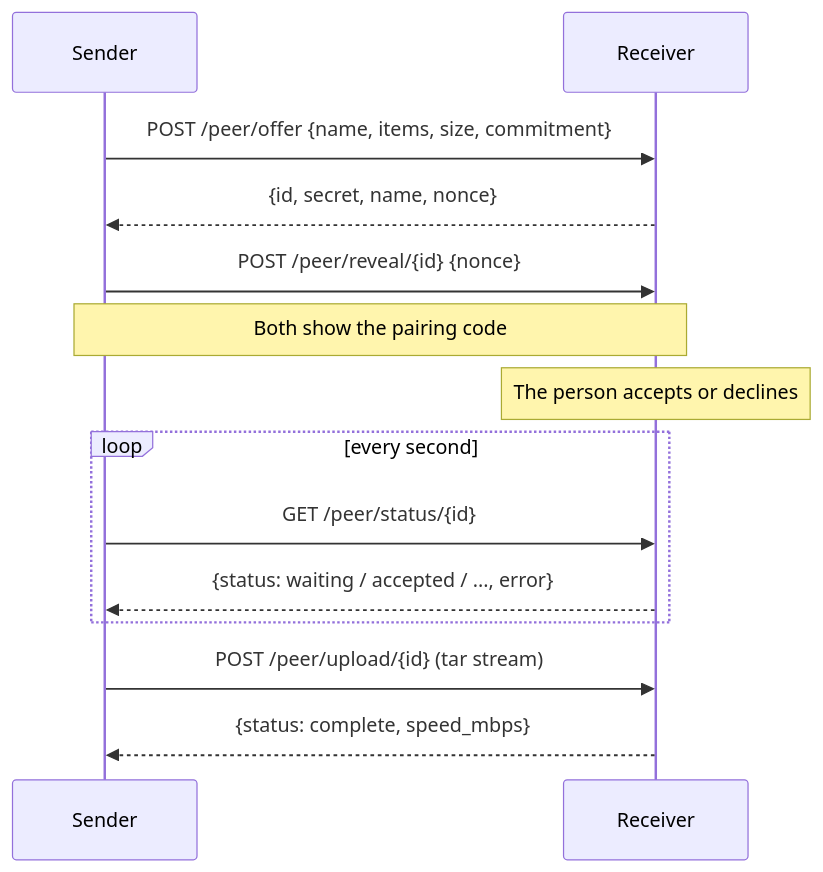
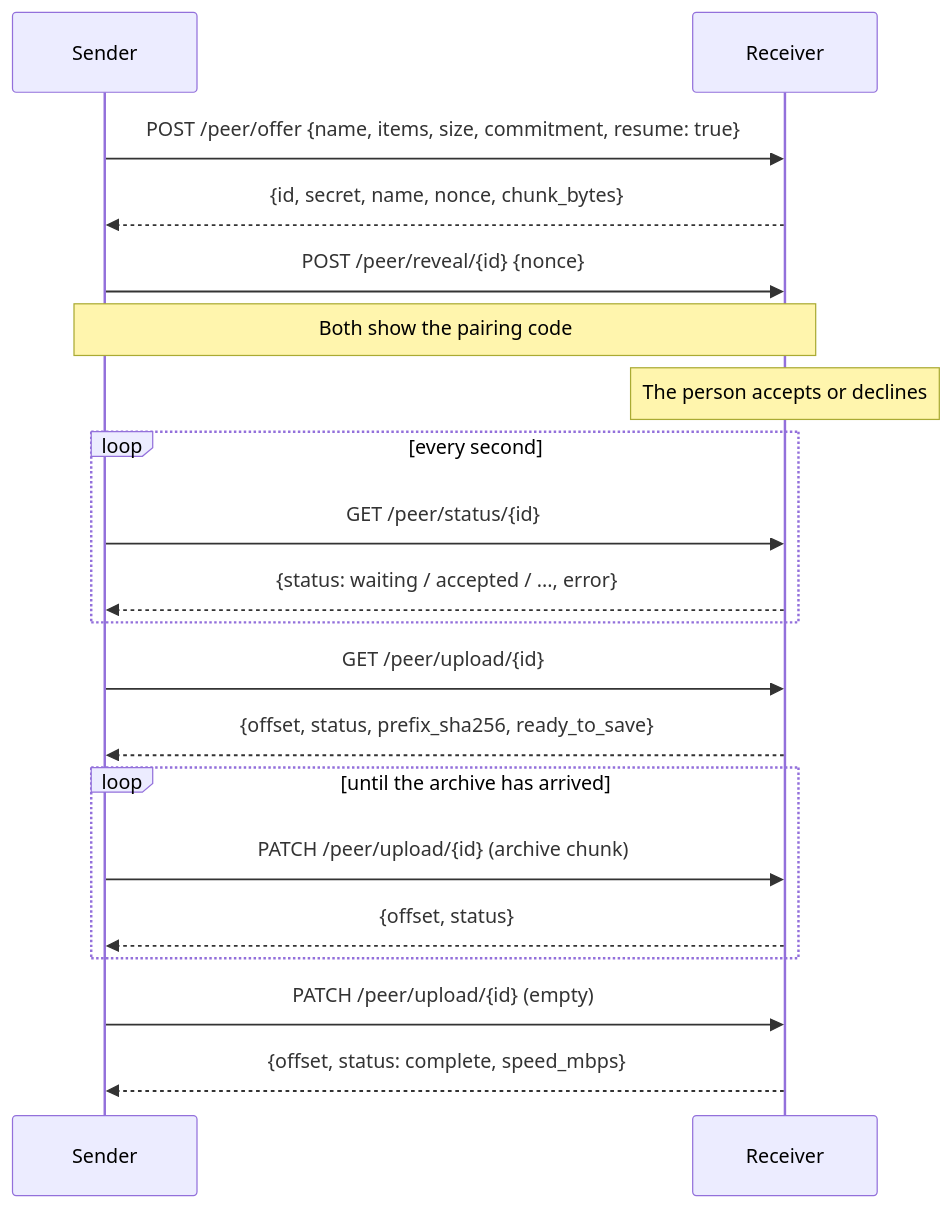
One commit to sprytnyk/loka changed the fourth of 4 diagrams in PROTOCOL.md. Above: the diagram before and after it, drawn with Mermaid. The commit also changed other lines of this file and 16 other files, not shown here.

````diff
--- a/PROTOCOL.md
+++ b/PROTOCOL.md
@@ -139,16 +139,22 @@
 ```mermaid
 sequenceDiagram
     participant S as Sender
     participant R as Receiver
-    S->>R: POST /peer/offer {name, items, size, commitment}
-    R-->>S: {id, secret, name, nonce}
+    S->>R: POST /peer/offer {name, items, size, commitment, resume: true}
+    R-->>S: {id, secret, name, nonce, chunk_bytes}
     S->>R: POST /peer/reveal/{id} {nonce}
     Note over S,R: Both show the pairing code
     Note over R: The person accepts or declines
     loop every second
         S->>R: GET /peer/status/{id}
         R-->>S: {status: waiting / accepted / ..., error}
     end
-    S->>R: POST /peer/upload/{id} (tar stream)
-    R-->>S: {status: complete, speed_mbps}
+    S->>R: GET /peer/upload/{id}
+    R-->>S: {offset, status, prefix_sha256, ready_to_save}
+    loop until the archive has arrived
+        S->>R: PATCH /peer/upload/{id} (archive chunk)
+        R-->>S: {offset, status}
+    end
+    S->>R: PATCH /peer/upload/{id} (empty)
+    R-->>S: {offset, status: complete, speed_mbps}
 ```
````
